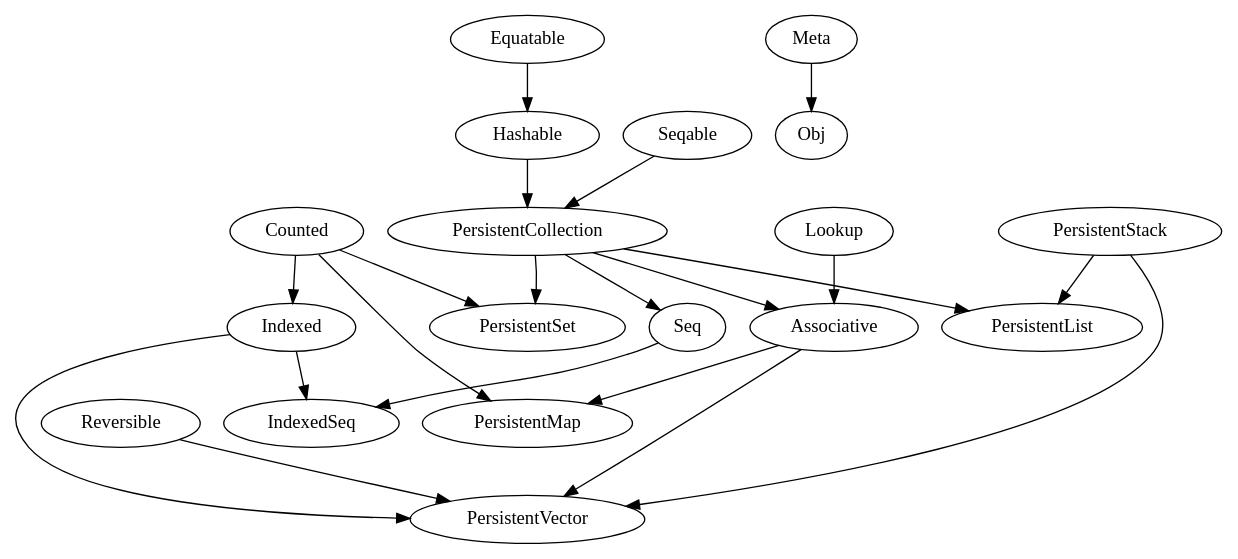
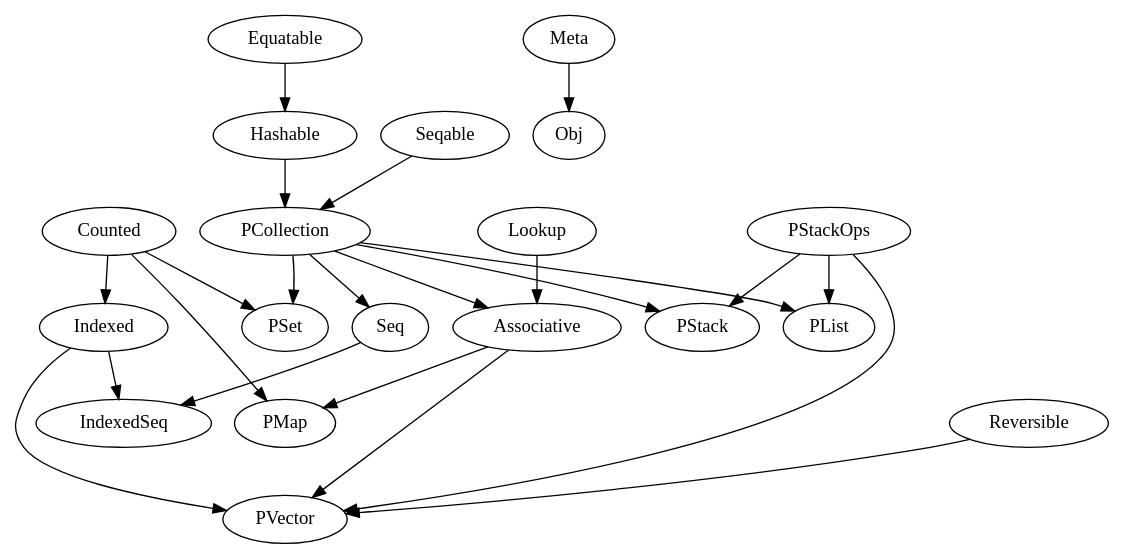
The diagram in doc/seq.dot (dmiller/go-seq), drawn with Graphviz before and after one commit. The commit also changed 1 other file, not shown here.

Commit message:
Update interface graph

```diff
--- a/doc/seq.dot
+++ b/doc/seq.dot
@@ -1,29 +1,31 @@
 digraph G {
 
 	Equatable -> Hashable [weight=8];
-	Hashable -> PersistentCollection [weight=8];
-	PersistentCollection -> PersistentSet [weight=8, style="invis"];
-	PersistentSet -> PersistentMap [weight=8, style="invis"];
-	PersistentMap -> PersistentVector  [weight=8, style="invis"];
-	Seqable -> PersistentCollection;
-	PersistentCollection -> PersistentSet;
-	PersistentCollection -> Seq;
-	PersistentCollection -> PersistentList;
-	PersistentCollection -> Associative;
+	Hashable -> PCollection [weight=8];
+	PCollection -> PSet [weight=8, style="invis"];
+	PSet -> PMap [weight=8, style="invis"];
+	PMap -> PVector  [weight=8, style="invis"];
+	Seqable -> PCollection;
+	PCollection -> PSet;
+	PCollection -> Seq;
+	PCollection -> PList;
+	PCollection -> Associative;
+	PCollection -> PStack;
 	Counted -> Indexed;
 	Indexed -> IndexedSeq;
 	Seq -> IndexedSeq;
-	Counted -> PersistentSet;
-	Counted -> PersistentMap
+	Counted -> PSet;
+	Counted -> PMap
 	Lookup -> Associative;
-	Associative -> PersistentMap;
-	Associative -> PersistentVector;
-	Reversible -> PersistentVector;
-	Indexed -> PersistentVector;
-	PersistentStack -> PersistentVector;
-	PersistentStack	-> PersistentList;
+	Associative -> PMap;
+	Associative -> PVector;
+	Reversible -> PVector;
+	Indexed -> PVector;
+	PStackOps -> PStack;
+	PStackOps -> PVector;
+	PStackOps	-> PList;
 
 
 
 	Meta -> Obj;
 }
```
